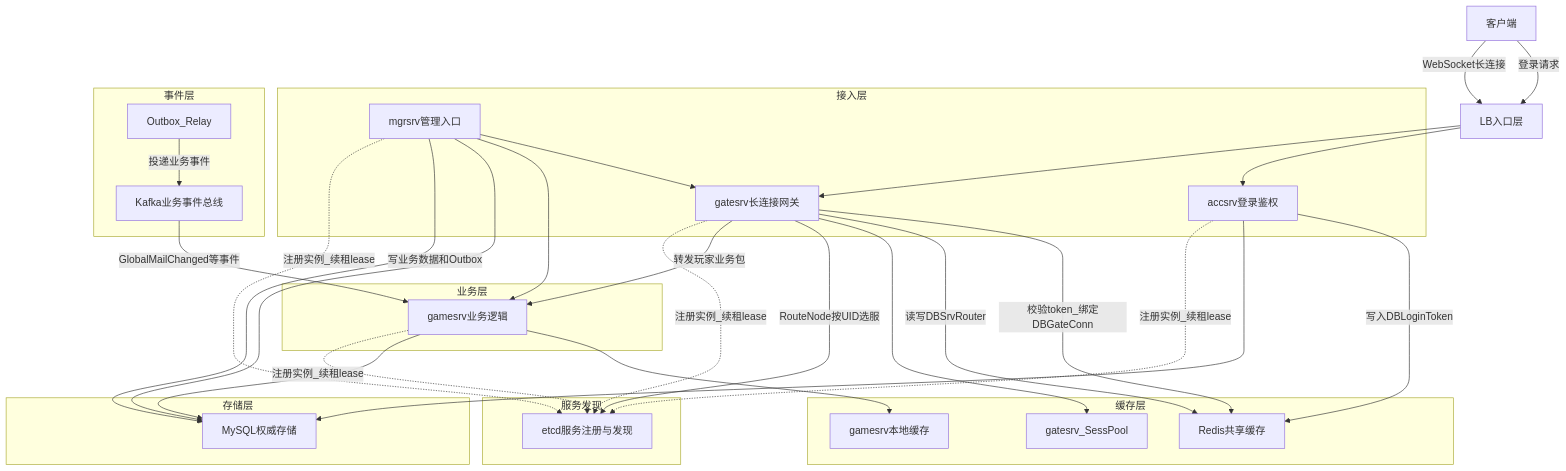
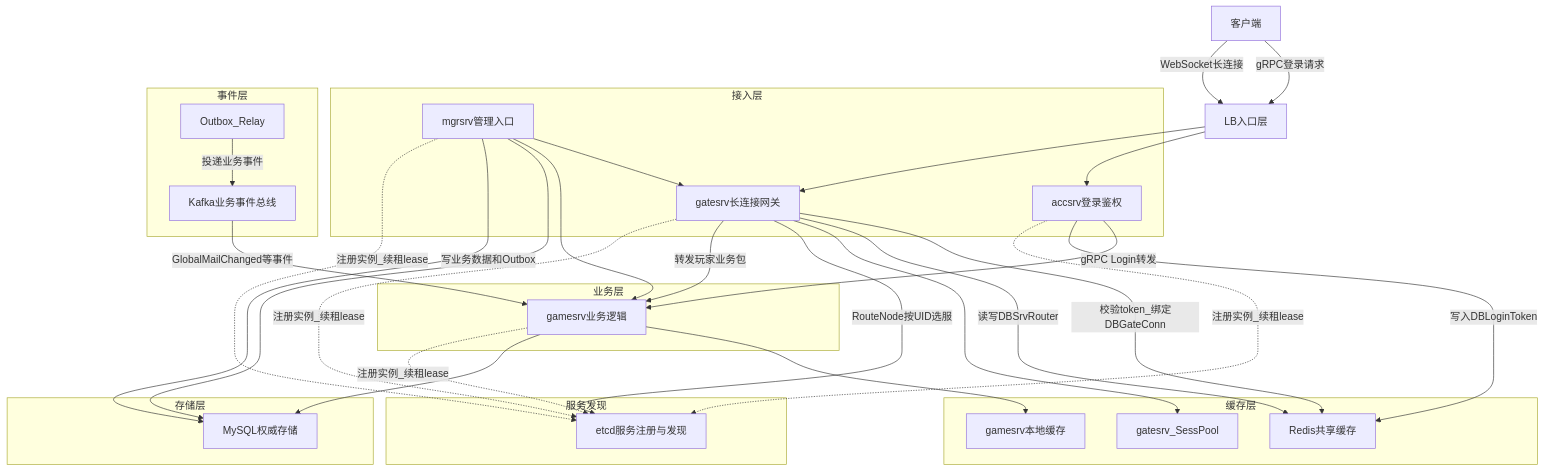
The diagram in docs/server-architecture.md (zhanglei19960726/globalmail), drawn with Mermaid before and after one commit. The commit also changed other lines of this file and 39 other files, not shown here.

````diff
--- a/docs/server-architecture.md
+++ b/docs/server-architecture.md
@@ -11,60 +11,60 @@
 ```mermaid
 flowchart TD
-    client[客户端] -->|"登录请求"| lb[LB入口层]
+    client[客户端] -->|"gRPC登录请求"| lb[LB入口层]
     client -->|"WebSocket长连接"| lb
 
     subgraph accessLayer [接入层]
         acc[accsrv登录鉴权]
         gate[gatesrv长连接网关]
         mgr[mgrsrv管理入口]
     end
 
     subgraph logicLayer [业务层]
         game[gamesrv业务逻辑]
     end
 
     subgraph discoveryLayer [服务发现]
         etcd[etcd服务注册与发现]
     end
 
     subgraph cacheLayer [缓存层]
         gateMem[gatesrv_SessPool]
         gameMem[gamesrv本地缓存]
         redis[Redis共享缓存]
     end
 
     subgraph eventLayer [事件层]
         outbox[Outbox_Relay]
         kafka[Kafka业务事件总线]
     end
 
     subgraph storageLayer [存储层]
         mysql[MySQL权威存储]
     end
 
     lb --> acc
     lb --> gate
     mgr --> gate
     mgr --> game
 
+    acc -->|"gRPC Login转发"| game
     acc -->|"写入DBLoginToken"| redis
     gate -->|"校验token_绑定DBGateConn"| redis
     gate -->|"读写DBSrvRouter"| redis
     gate --> gateMem
 
     gate -->|"RouteNode按UID选服"| etcd
     gate -->|"转发玩家业务包"| game
     game --> gameMem
 
-    acc --> mysql
     game --> mysql
     mgr --> mysql
     mgr -->|"写业务数据和Outbox"| mysql
     outbox -->|"投递业务事件"| kafka
     kafka -->|"GlobalMailChanged等事件"| game
 
     acc -.->|"注册实例_续租lease"| etcd
     gate -.->|"注册实例_续租lease"| etcd
     game -.->|"注册实例_续租lease"| etcd
     mgr -.->|"注册实例_续租lease"| etcd
 ```
````
